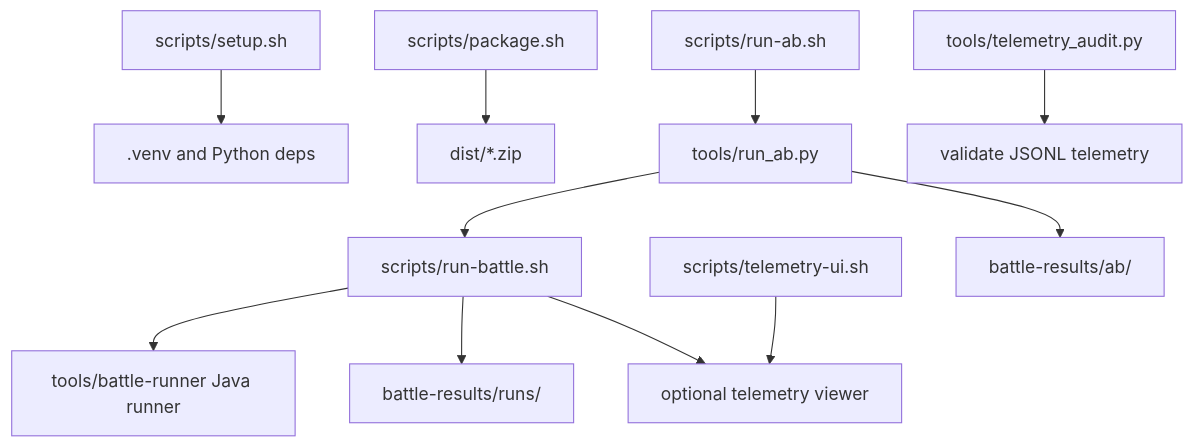
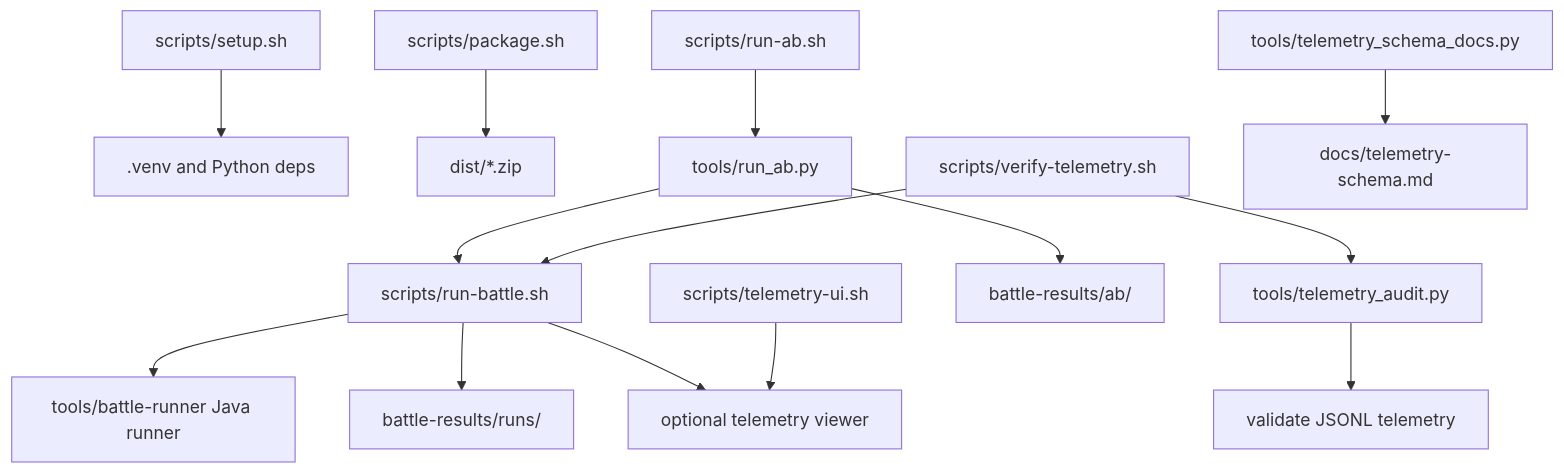
One commit to fduch-stranger/robocode-bot changed the diagram in docs/tooling.md. Above: the diagram before and after it, drawn with Mermaid. The commit also changed other lines of this file and 4 other files, not shown here.

````diff
--- a/docs/tooling.md
+++ b/docs/tooling.md
@@ -8,13 +8,16 @@
 ```mermaid
 flowchart TD
     A["scripts/setup.sh"] --> B[".venv and Python deps"]
     C["scripts/package.sh"] --> D["dist/*.zip"]
     E["scripts/run-battle.sh"] --> F["tools/battle-runner Java runner"]
     E --> G["battle-results/runs/<run>"]
     E --> H["optional telemetry viewer"]
     I["scripts/telemetry-ui.sh"] --> H
     J["scripts/run-ab.sh"] --> K["tools/run_ab.py"]
     K --> E
     K --> L["battle-results/ab/<experiment>"]
     M["tools/telemetry_audit.py"] --> N["validate JSONL telemetry"]
+    O["scripts/verify-telemetry.sh"] --> E
+    O --> M
+    P["tools/telemetry_schema_docs.py"] --> Q["docs/telemetry-schema.md"]
 ```
````
